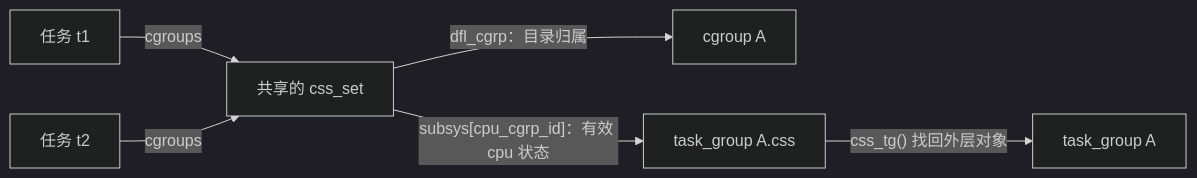
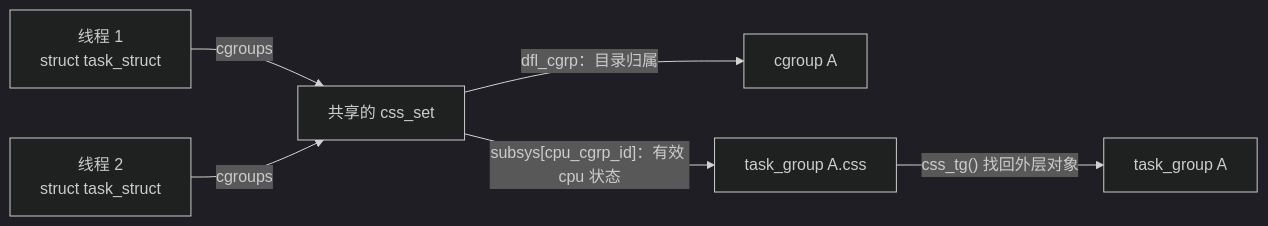
Before and after one commit to linuxperf/linux-study: the fifth of 17 diagrams in interview/sched/cgroup2.md, drawn with Mermaid (dark theme). The commit also changed other lines of this file and 3 other files, not shown here.

````diff
--- a/interview/sched/cgroup2.md
+++ b/interview/sched/cgroup2.md
@@ -236,8 +236,8 @@
 ```mermaid
 flowchart LR
-    T1["任务 t1"] -->|"cgroups"| SET["共享的 css_set"]
-    T2["任务 t2"] -->|"cgroups"| SET
+    T1["线程 1<br/>struct task_struct"] -->|"cgroups"| SET["共享的 css_set"]
+    T2["线程 2<br/>struct task_struct"] -->|"cgroups"| SET
     SET -->|"dfl_cgrp：目录归属"| A["cgroup A"]
     SET -->|"subsys[cpu_cgrp_id]：有效 cpu 状态"| CSS["task_group A.css"]
     CSS -->|"css_tg() 找回外层对象"| TG["task_group A"]
 ```
````
